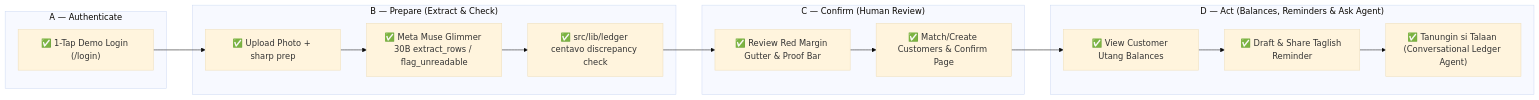
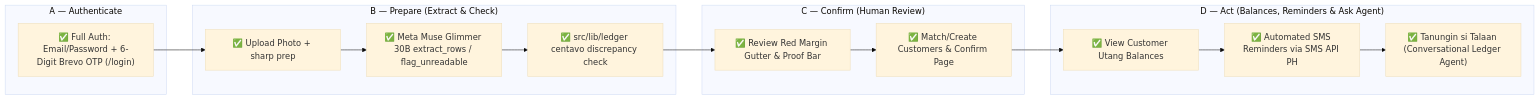
Before and after one commit to ejay-detera/talaan: the second of 5 diagrams in docs/flow.md, drawn with Mermaid (base theme). The commit also changed other lines of this file and 6 other files, not shown here.

Commit message:
docs: add comprehensive documentation and update README with auth, SMS, and security details

````diff
--- a/docs/flow.md
+++ b/docs/flow.md
@@ -45,21 +47,21 @@
 ```mermaid
 flowchart LR
   subgraph A ["A — Authenticate"]
-    A1["✅ 1-Tap Demo Login (/login)"]
+    A1["✅ Full Auth: Email/Password + 6-Digit Brevo OTP (/login)"]
   end
   subgraph B ["B — Prepare (Extract & Check)"]
     B1["✅ Upload Photo + sharp prep"]
     B2["✅ Meta Muse Glimmer 30B extract_rows / flag_unreadable"]
     B3["✅ src/lib/ledger centavo discrepancy check"]
   end
   subgraph C ["C — Confirm (Human Review)"]
     C1["✅ Review Red Margin Gutter & Proof Bar"]
     C2["✅ Match/Create Customers & Confirm Page"]
   end
   subgraph D ["D — Act (Balances, Reminders & Ask Agent)"]
     D1["✅ View Customer Utang Balances"]
-    D2["✅ Draft & Share Taglish Reminder"]
+    D2["✅ Automated SMS Reminders via SMS API PH"]
     D3["✅ Tanungin si Talaan (Conversational Ledger Agent)"]
   end
   A1 --> B1 --> B2 --> B3 --> C1 --> C2 --> D1 --> D2 --> D3
 ```
````
